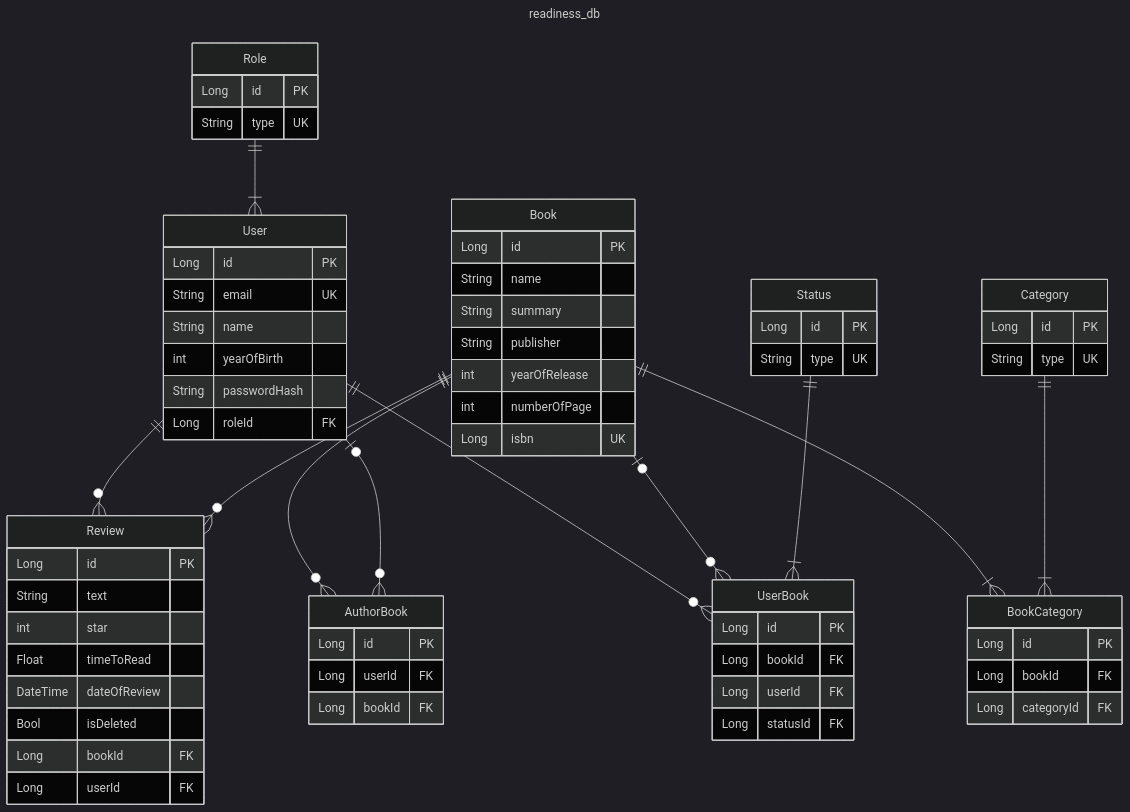
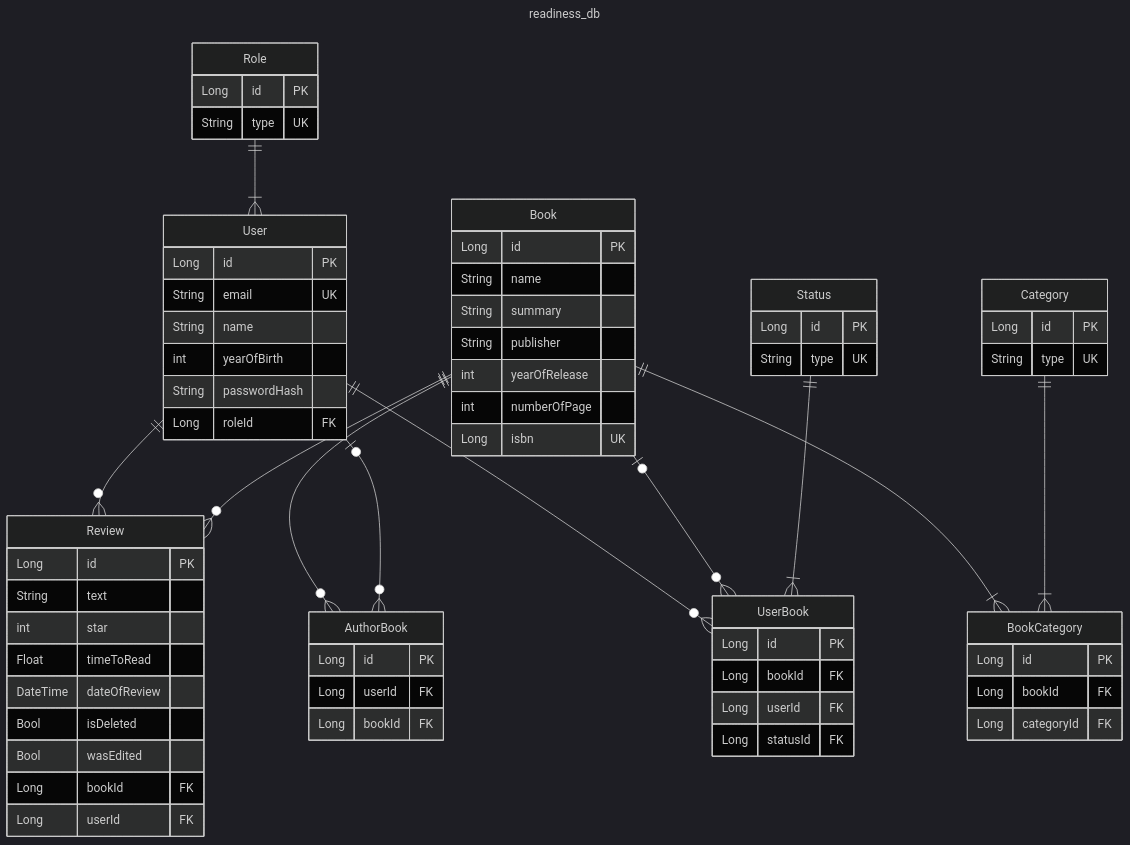
Before and after one commit to MiguelFerreira18/Readiness: the diagram in uml/db.mmd, drawn with Mermaid (dark theme). The commit also changed 12 other files, not shown here.

```diff
--- a/uml/db.mmd
+++ b/uml/db.mmd
@@ -1,72 +1,73 @@
 ---
 title: readiness_db
 ---
 erDiagram
 
         Role ||--|{ User : ""
         User ||--o{ Review : ""
         Book ||--o{ Review : "" 
         Book ||--|{ BookCategory : ""
         Category ||--|{ BookCategory : ""
         Book ||--o{ AuthorBook : ""
         User |o--o{ AuthorBook : ""
         User ||--o{ UserBook : ""
         Book |o--o{ UserBook : ""
         Status ||--|{ UserBook : ""
 
         Role{
           Long id PK
           String type UK 
         }
         Category{
           Long id PK
           String type UK 
         }
         Status {
           Long id PK
           String type UK 
         }
         User{
           Long id PK
           String email UK
           String name
           int yearOfBirth
           String passwordHash
           Long roleId FK
         }
         Review{
           Long id PK
           String text
           int star
           Float timeToRead
           DateTime dateOfReview
           Bool isDeleted
+          Bool wasEdited
           Long bookId FK
           Long userId FK
         }
         Book{
           Long id PK
           String name
           String summary
           String publisher
           int yearOfRelease
           int numberOfPage
           Long isbn UK
         }
         BookCategory{
           Long id PK
           Long bookId FK
           Long categoryId FK
         }
         UserBook{
           Long id PK
           Long bookId FK
           Long userId FK
           Long statusId FK
         }
 
         AuthorBook {
           Long id PK
           Long userId FK
           Long bookId FK
         }
```
